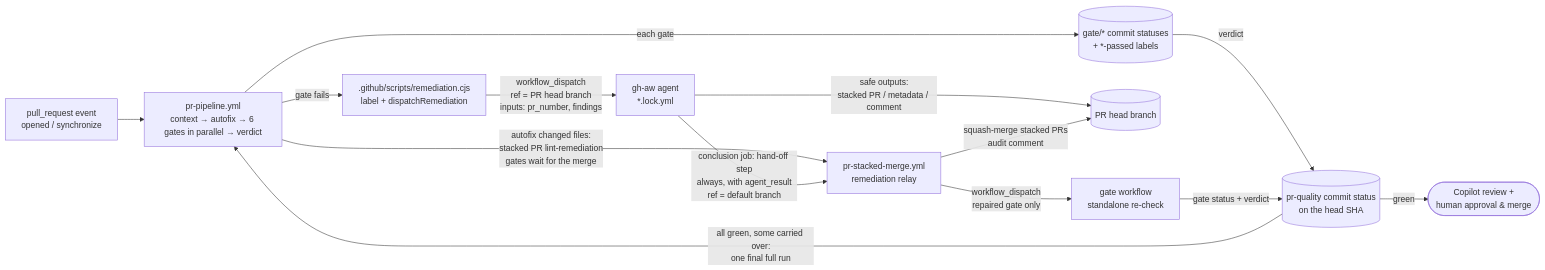
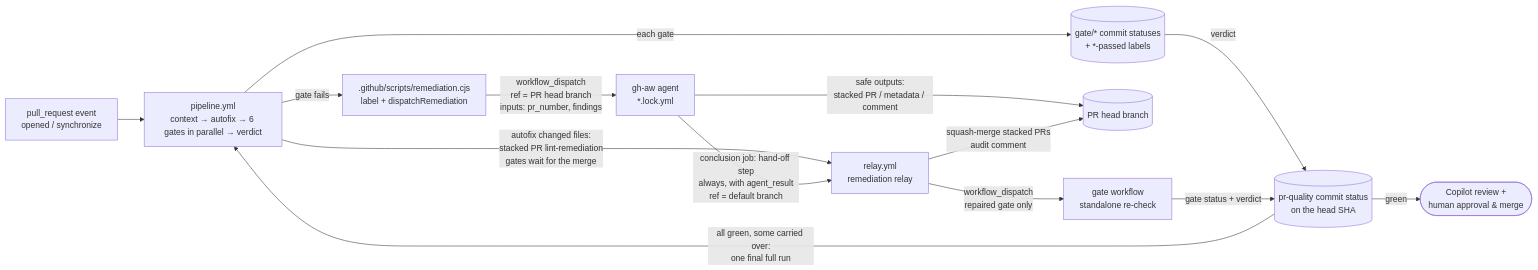
Before and after one commit to SitoaderOrg/ForgeFlow: the diagram in docs/remediation-chaining.md, drawn with Mermaid. The commit also changed other lines of this file and 89 other files, not shown here.

First line of the commit message:
refactor(ci): name workflows by role (pipeline, gate-*, fix-*, relay, review-*)

````diff
--- a/docs/remediation-chaining.md
+++ b/docs/remediation-chaining.md
@@ -21,16 +21,16 @@
 ```mermaid
 flowchart LR
-    PR[pull_request event\nopened / synchronize] --> Pipeline[pr-pipeline.yml\ncontext → autofix → 6 gates in parallel → verdict]
+    PR[pull_request event\nopened / synchronize] --> Pipeline[pipeline.yml\ncontext → autofix → 6 gates in parallel → verdict]
     Pipeline -->|autofix changed files:\nstacked PR lint-remediation\ngates wait for the merge| Relay
     Pipeline -->|gate fails| Helper[.github/scripts/remediation.cjs\nlabel + dispatchRemediation]
     Pipeline -->|each gate| Gates[(gate/* commit statuses\n+ *-passed labels)]
     Gates -->|verdict| Status[(pr-quality commit status\non the head SHA)]
     Helper -->|workflow_dispatch\nref = PR head branch\ninputs: pr_number, findings| Agent[gh-aw agent\n*.lock.yml]
     Agent -->|safe outputs:\nstacked PR / metadata / comment| Branch[(PR head branch)]
-    Agent -->|conclusion job: hand-off step\nalways, with agent_result\nref = default branch| Relay[pr-stacked-merge.yml\nremediation relay]
+    Agent -->|conclusion job: hand-off step\nalways, with agent_result\nref = default branch| Relay[relay.yml\nremediation relay]
     Relay -->|squash-merge stacked PRs\naudit comment| Branch
     Relay -->|workflow_dispatch\nrepaired gate only| Gate[gate workflow\nstandalone re-check]
     Gate -->|gate status + verdict| Status
     Status -->|all green, some carried over:\none final full run| Pipeline
     Status -->|green| Review([Copilot review +\nhuman approval & merge])
 ```
````
